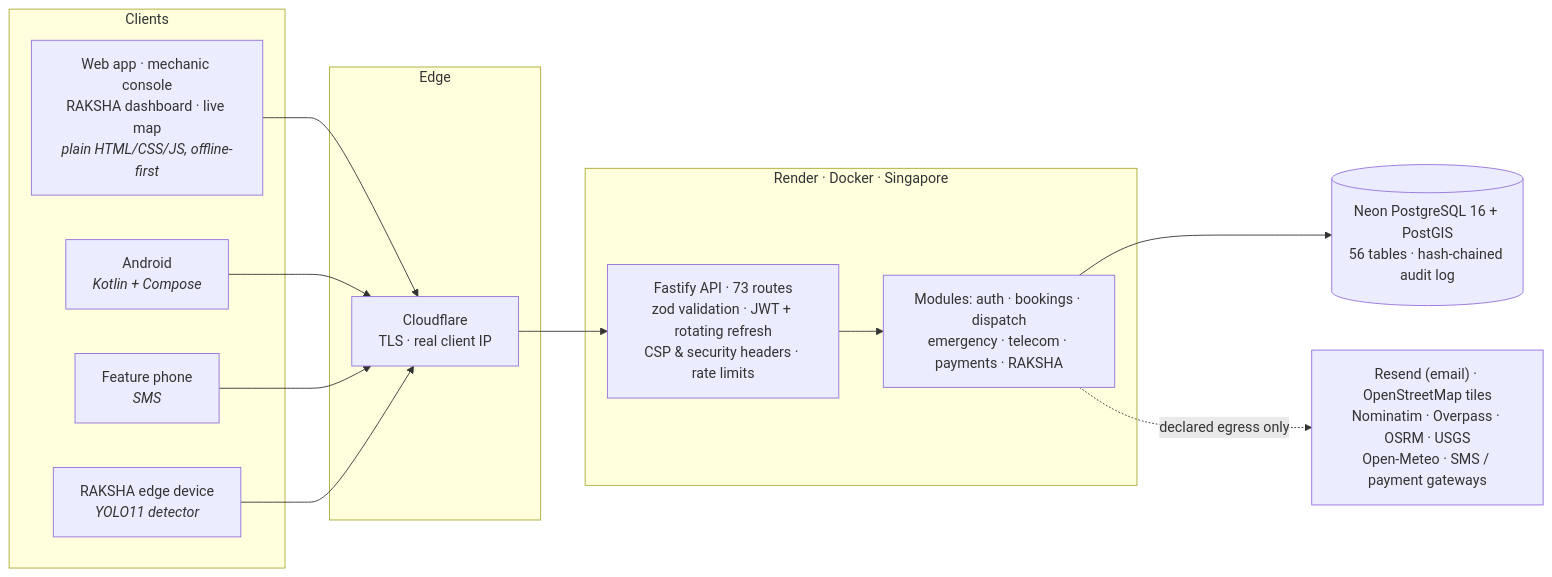
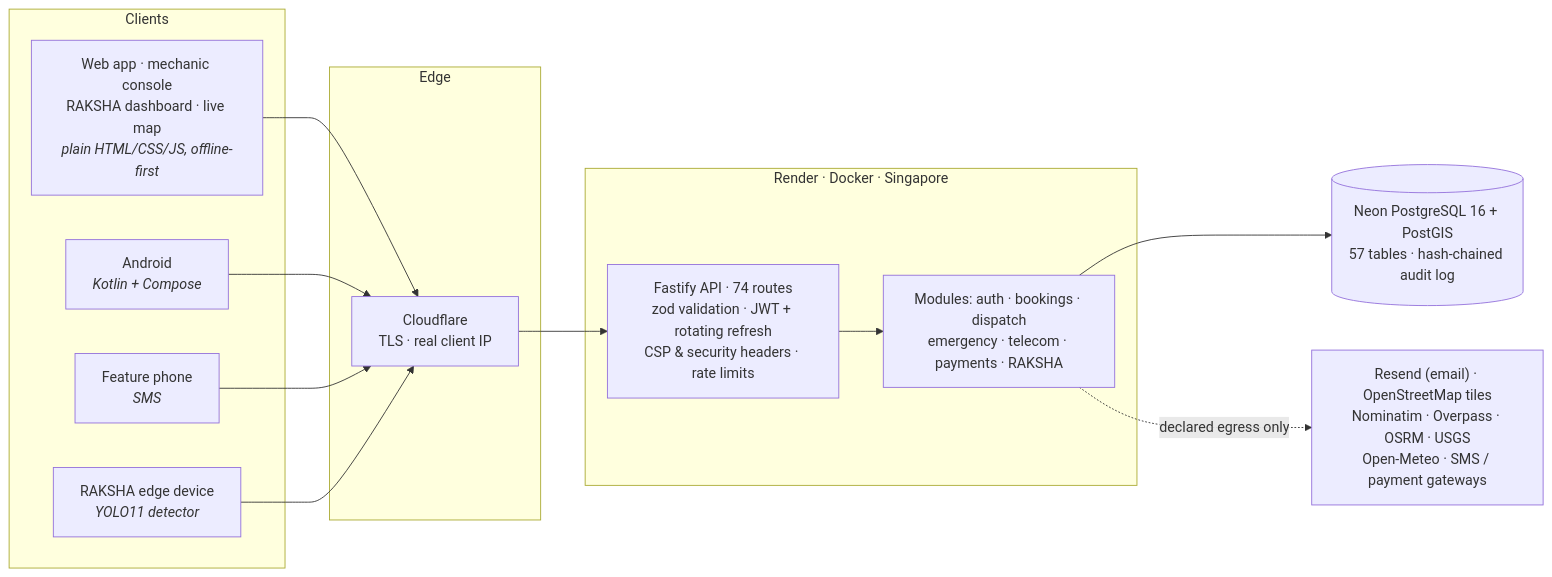
One commit to saatwik-1157/roadassist-bharat changed the diagram in README.md. Above: the diagram before and after it, drawn with Mermaid. The commit also changed other lines of this file and 154 other files, not shown here.

````diff
--- a/README.md
+++ b/README.md
@@ -187,26 +187,26 @@
 ```mermaid
 flowchart LR
   subgraph Clients
     W["Web app · mechanic console<br/>RAKSHA dashboard · live map<br/><i>plain HTML/CSS/JS, offline-first</i>"]
     A["Android<br/><i>Kotlin + Compose</i>"]
     F["Feature phone<br/><i>SMS</i>"]
     E["RAKSHA edge device<br/><i>YOLO11 detector</i>"]
   end
 
   subgraph Edge
     CF["Cloudflare<br/>TLS · real client IP"]
   end
 
   subgraph Render["Render · Docker · Singapore"]
-    API["Fastify API · 73 routes<br/>zod validation · JWT + rotating refresh<br/>CSP & security headers · rate limits"]
+    API["Fastify API · 74 routes<br/>zod validation · JWT + rotating refresh<br/>CSP & security headers · rate limits"]
     MOD["Modules: auth · bookings · dispatch<br/>emergency · telecom · payments · RAKSHA"]
     API --> MOD
   end
 
-  DB[("Neon PostgreSQL 16 + PostGIS<br/>56 tables · hash-chained audit log")]
+  DB[("Neon PostgreSQL 16 + PostGIS<br/>57 tables · hash-chained audit log")]
   X["Resend (email) · OpenStreetMap tiles<br/>Nominatim · Overpass · OSRM · USGS<br/>Open-Meteo · SMS / payment gateways"]
 
   W & A & F & E --> CF --> API
   MOD --> DB
   MOD -. declared egress only .-> X
 ```
````
